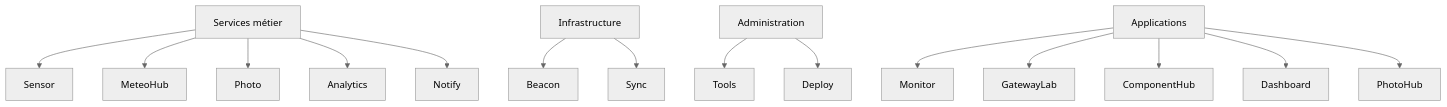
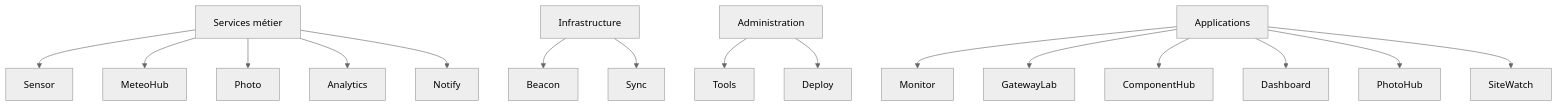
The diagram in docs/ECOSYSTEM.MD (morfredus/morfSystem), drawn with Mermaid (neutral theme) before and after one commit. The commit also changed other lines of this file and 14 other files, not shown here.

````diff
--- a/docs/ECOSYSTEM.MD
+++ b/docs/ECOSYSTEM.MD
@@ -53,29 +53,30 @@
 ```mermaid
 flowchart TD
 
 A[Services métier]
 
 B[Infrastructure]
 
 C[Administration]
 
 D[Applications]
 
 A --> Sensor
 A --> MeteoHub
 A --> Photo
 A --> Analytics
 A --> Notify
 
 B --> Beacon
 B --> Sync
 
 C --> Tools
 C --> Deploy
 
 D --> Monitor
 D --> GatewayLab
 D --> ComponentHub
 D --> Dashboard
 D --> PhotoHub
+D --> SiteWatch
 ```
````
